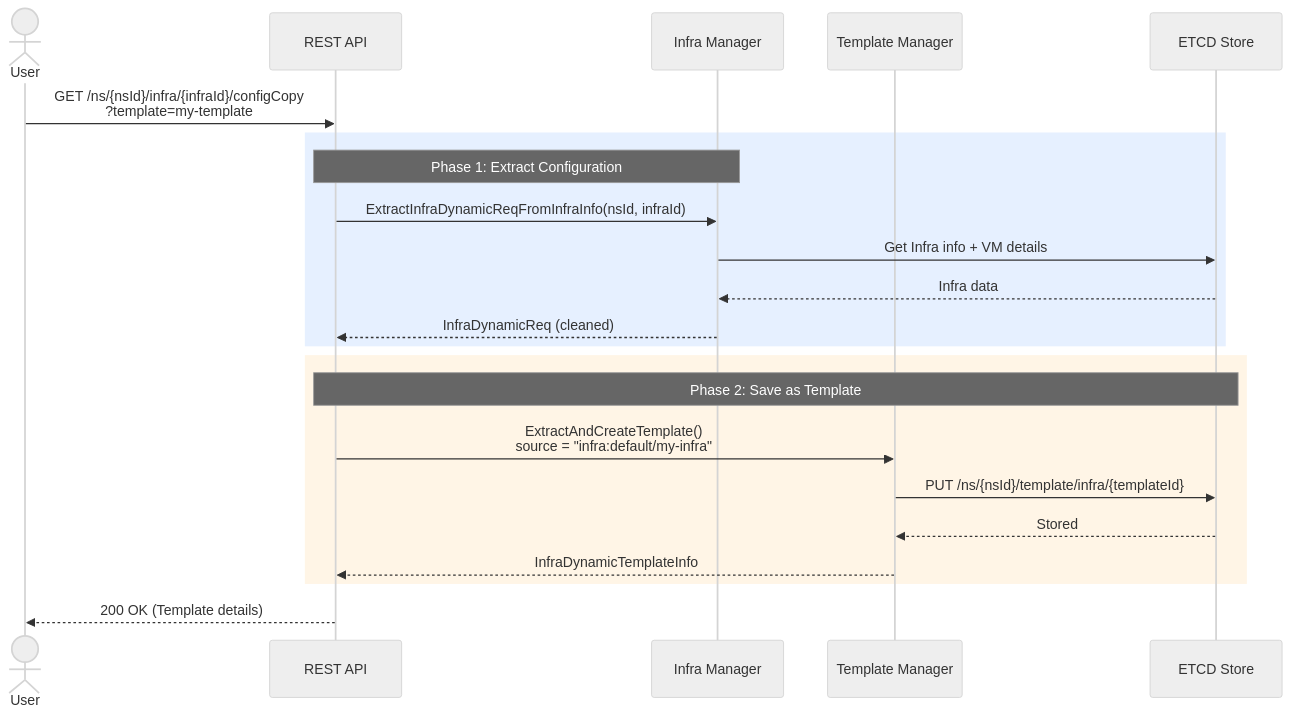
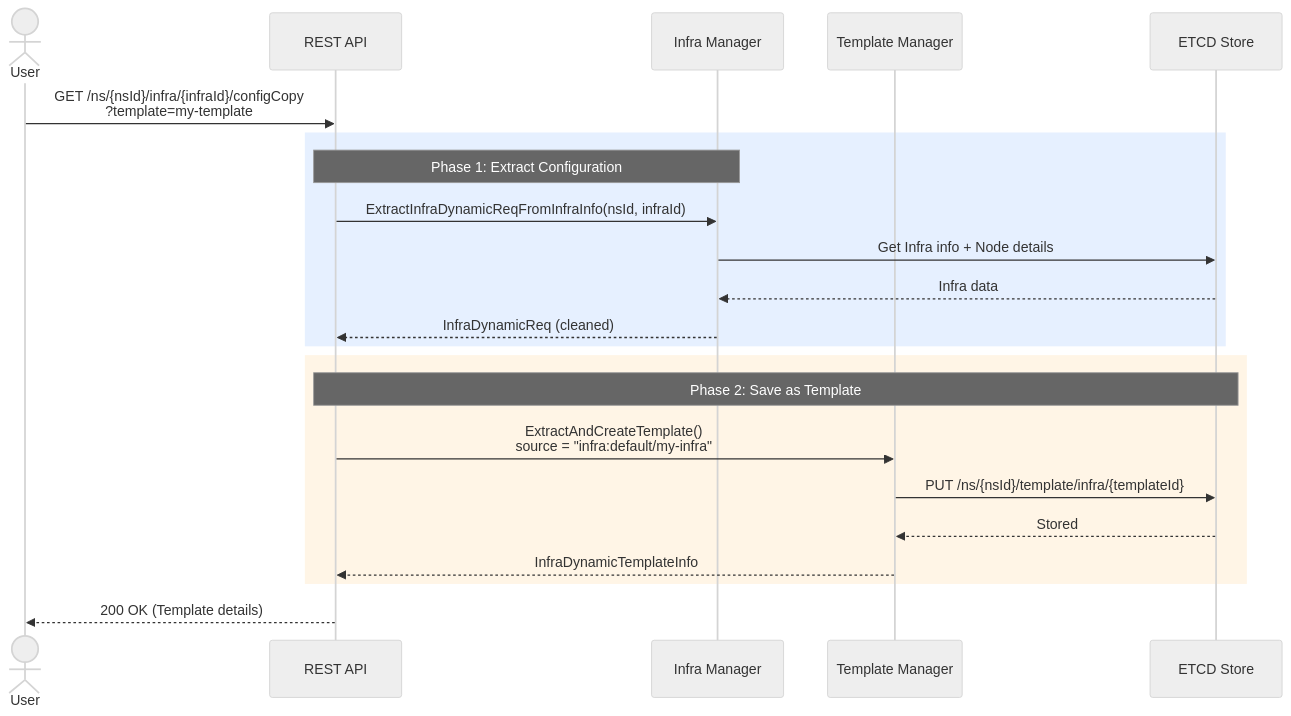
Before and after one commit to cloud-barista/cb-tumblebug: the third of 5 diagrams in docs/feature_guide/resource-template-management.md, drawn with Mermaid (neutral theme). The commit also changed other lines of this file and 81 other files, not shown here.

````diff
--- a/docs/feature_guide/resource-template-management.md
+++ b/docs/feature_guide/resource-template-management.md
@@ -212,28 +212,28 @@
 ```mermaid
 sequenceDiagram
     actor User
     participant API as REST API
     participant Infra as Infra Manager
     participant TplMgr as Template Manager
     participant ETCD as ETCD Store
 
     User->>API: GET /ns/{nsId}/infra/{infraId}/configCopy<br/>?template=my-template
 
     rect rgb(230, 240, 255)
         Note over API,Infra: Phase 1: Extract Configuration
         API->>Infra: ExtractInfraDynamicReqFromInfraInfo(nsId, infraId)
-        Infra->>ETCD: Get Infra info + VM details
+        Infra->>ETCD: Get Infra info + Node details
         ETCD-->>Infra: Infra data
         Infra-->>API: InfraDynamicReq (cleaned)
     end
 
     rect rgb(255, 245, 230)
         Note over API,ETCD: Phase 2: Save as Template
         API->>TplMgr: ExtractAndCreateTemplate()<br/>source = "infra:default/my-infra"
         TplMgr->>ETCD: PUT /ns/{nsId}/template/infra/{templateId}
         ETCD-->>TplMgr: Stored
         TplMgr-->>API: InfraDynamicTemplateInfo
     end
 
     API-->>User: 200 OK (Template details)
 ```
````
